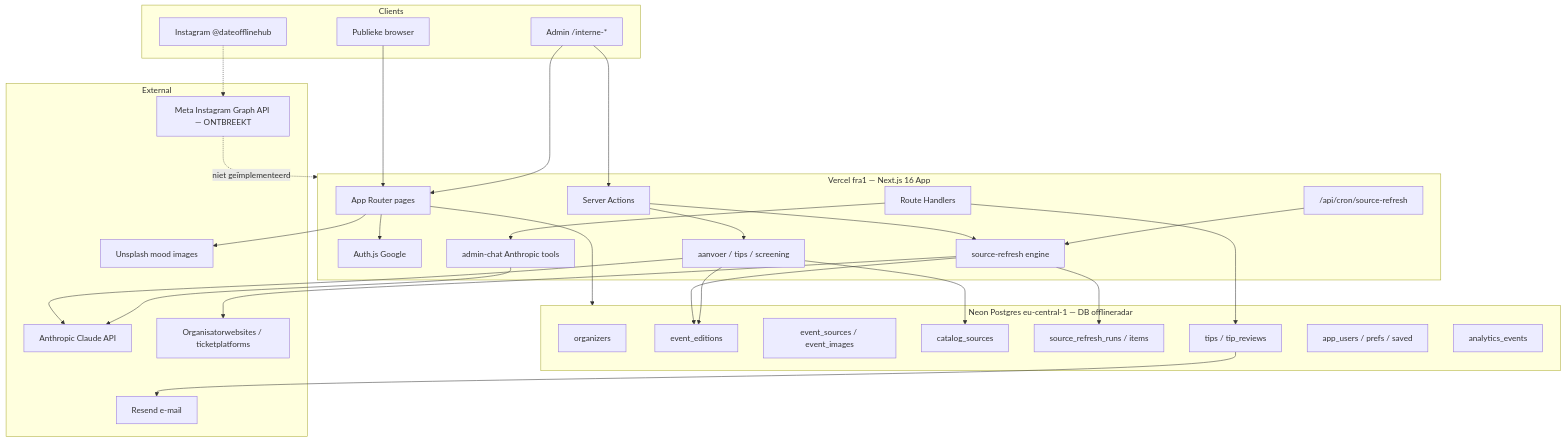
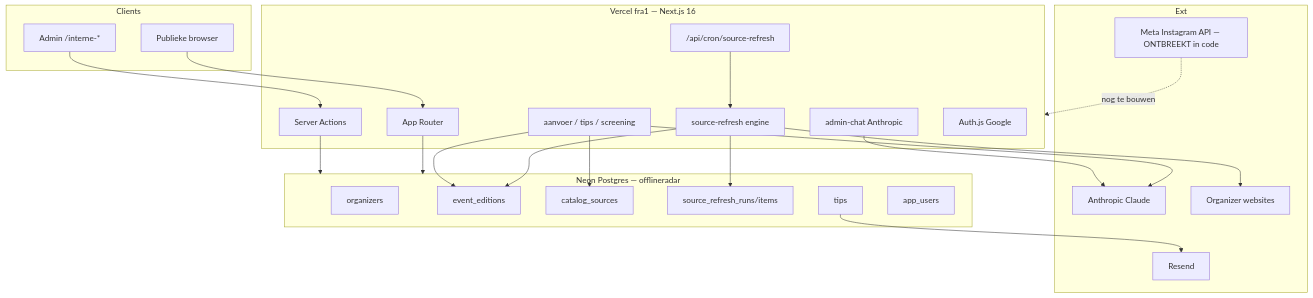
One commit to yoma/offlineradar changed the first of 2 diagrams in DATEOFFLINEHUB_TECHNICAL_AUDIT.md. Above: the diagram before and after it, drawn with Mermaid. The commit also changed other lines of this file, not shown here.

````diff
--- a/DATEOFFLINEHUB_TECHNICAL_AUDIT.md
+++ b/DATEOFFLINEHUB_TECHNICAL_AUDIT.md
@@ -182,60 +94,48 @@
 ```mermaid
 flowchart TB
   subgraph Clients
     Browser[Publieke browser]
     AdminUI[Admin /interne-*]
-    IGUser[Instagram @dateofflinehub]
   end
 
-  subgraph Vercel["Vercel fra1 — Next.js 16 App"]
-    Pages[App Router pages]
+  subgraph Vercel["Vercel fra1 — Next.js 16"]
+    Pages[App Router]
     Actions[Server Actions]
-    API[Route Handlers]
     Cron["/api/cron/source-refresh"]
-    Auth[Auth.js Google]
     Engine[source-refresh engine]
     Aanvoer[aanvoer / tips / screening]
-    Chat[admin-chat Anthropic tools]
+    Chat[admin-chat Anthropic]
+    Auth[Auth.js Google]
   end
 
-  subgraph Neon["Neon Postgres eu-central-1 — DB offlineradar"]
+  subgraph Neon["Neon Postgres — offlineradar"]
     Org[organizers]
     Ed[event_editions]
-    Src[event_sources / event_images]
     Cat[catalog_sources]
-    RR[source_refresh_runs / items]
-    Tips[tips / tip_reviews]
-    Users[app_users / prefs / saved]
-    Analytics[analytics_events]
+    RR[source_refresh_runs/items]
+    Tips[tips]
+    Users[app_users]
   end
 
-  subgraph External
-    Anthropic[Anthropic Claude API]
-    Resend[Resend e-mail]
-    OrgSites[Organisatorwebsites / ticketplatforms]
-    Unsplash[Unsplash mood images]
-    MetaAPI["Meta Instagram Graph API — ONTBREEKT"]
+  subgraph Ext
+    Anthropic[Anthropic Claude]
+    Resend[Resend]
+    Sites[Organizer websites]
+    Meta["Meta Instagram API — ONTBREEKT in code"]
   end
 
   Browser --> Pages
-  AdminUI --> Pages
   AdminUI --> Actions
-  Pages --> Auth
-  Pages --> Neon
-  Actions --> Aanvoer
-  Actions --> Engine
-  API --> Tips
-  API --> Chat
   Cron --> Engine
-  Engine --> OrgSites
+  Engine --> Sites
   Engine --> RR
   Engine --> Ed
   Aanvoer --> Anthropic
   Chat --> Anthropic
   Aanvoer --> Ed
   Aanvoer --> Cat
+  Pages --> Neon
+  Actions --> Neon
   Tips --> Resend
-  Pages --> Unsplash
-  IGUser -.-> MetaAPI
-  MetaAPI -.->|niet geïmplementeerd| Vercel
+  Meta -.->|nog te bouwen| Vercel
 ```
````
